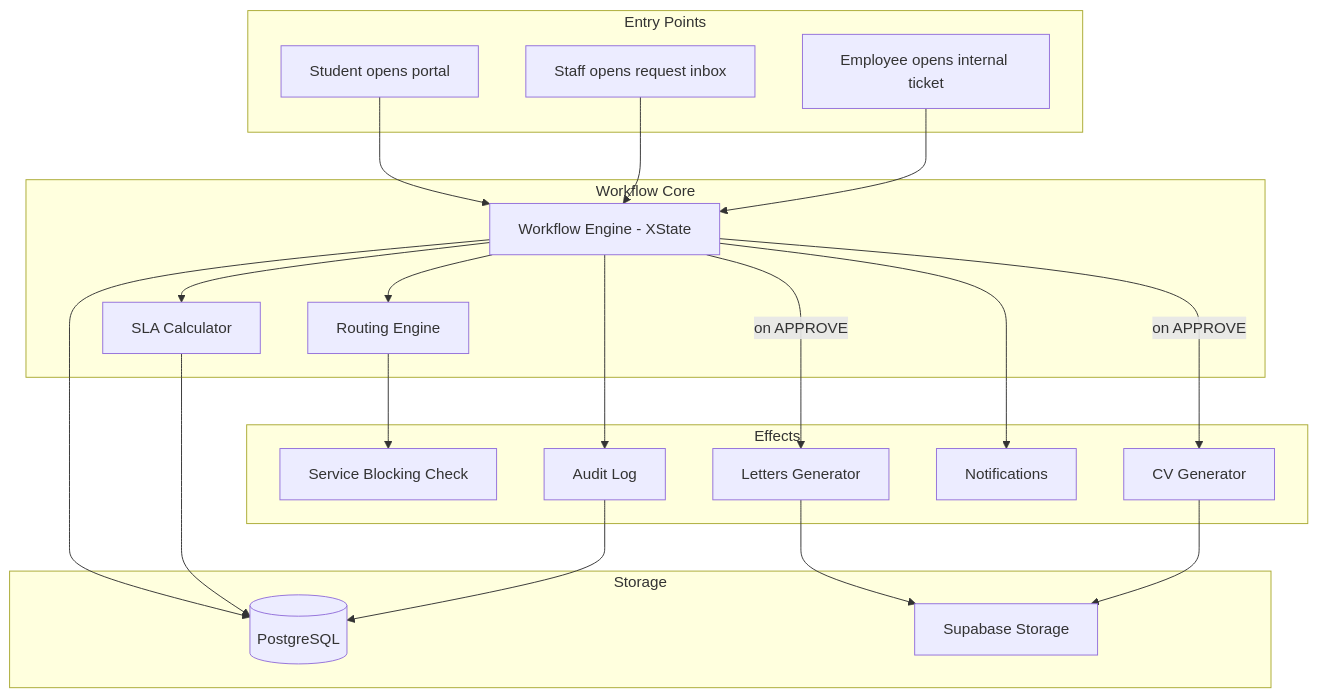
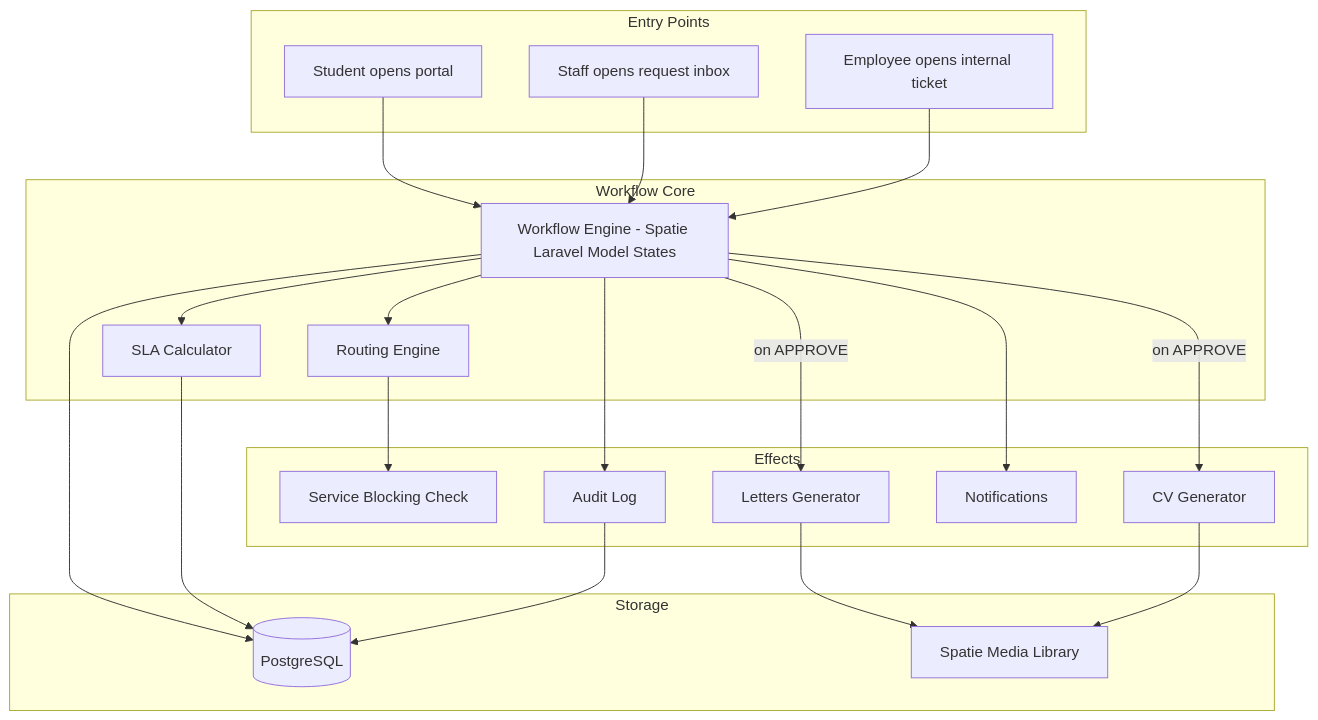
The first of 8 diagrams in 03-المراحل-التنفيذية/05-الطلبات-والخطابات/خطة-المرحلة.md (alharbib902-del/technical-handover), drawn with Mermaid before and after one commit. The commit also changed other lines of this file and 22 other files, not shown here.

First line of the commit message:
feat: switch tech stack to Laravel 11 + Filament 3 (replacing Next.js + Supabase)

````diff
--- a/03-المراحل-التنفيذية/05-الطلبات-والخطابات/خطة-المرحلة.md
+++ b/03-المراحل-التنفيذية/05-الطلبات-والخطابات/خطة-المرحلة.md
@@ -301,43 +300,43 @@
 ```mermaid
 flowchart TB
     subgraph "Entry Points"
         S1[Student opens portal]
         S2[Staff opens request inbox]
         S3[Employee opens internal ticket]
     end
 
     subgraph "Workflow Core"
-        WE[Workflow Engine - XState]
+        WE[Workflow Engine - Spatie Laravel Model States]
         SLA[SLA Calculator]
         RT[Routing Engine]
     end
 
     subgraph "Effects"
         BLK[Service Blocking Check]
         LET[Letters Generator]
         CV[CV Generator]
         NOT[Notifications]
         AUD[Audit Log]
     end
 
     subgraph "Storage"
         DB[(PostgreSQL)]
-        ST[Supabase Storage]
+        ST[Spatie Media Library]
     end
 
     S1 --> WE
     S2 --> WE
     S3 --> WE
     WE --> RT
     WE --> SLA
     RT --> BLK
     WE -->|on APPROVE| LET
     WE -->|on APPROVE| CV
     WE --> NOT
     WE --> AUD
     LET --> ST
     CV --> ST
     WE --> DB
     SLA --> DB
     AUD --> DB
 ```
````
